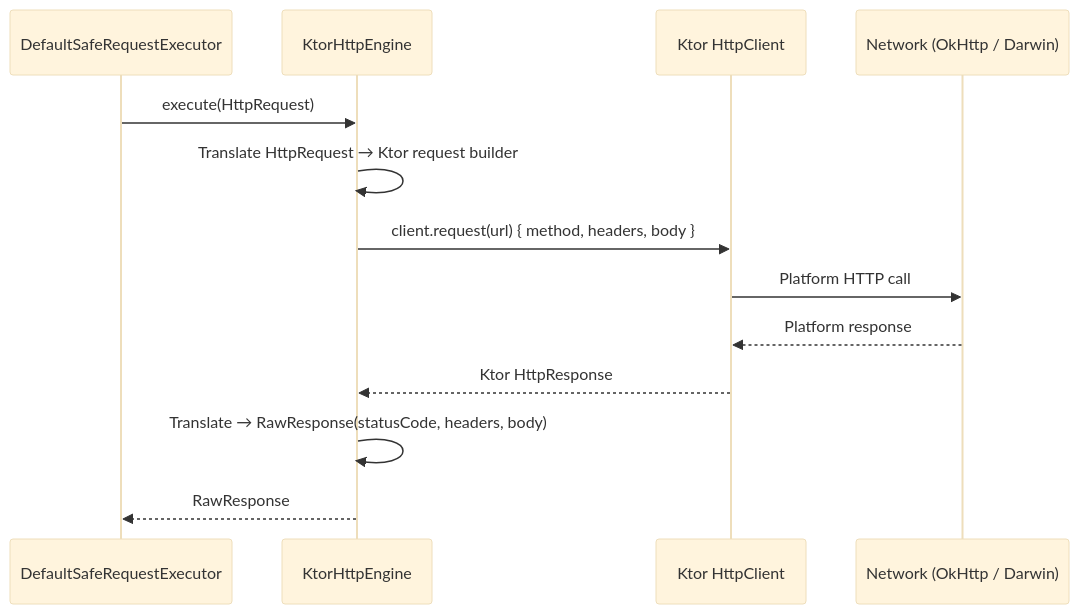
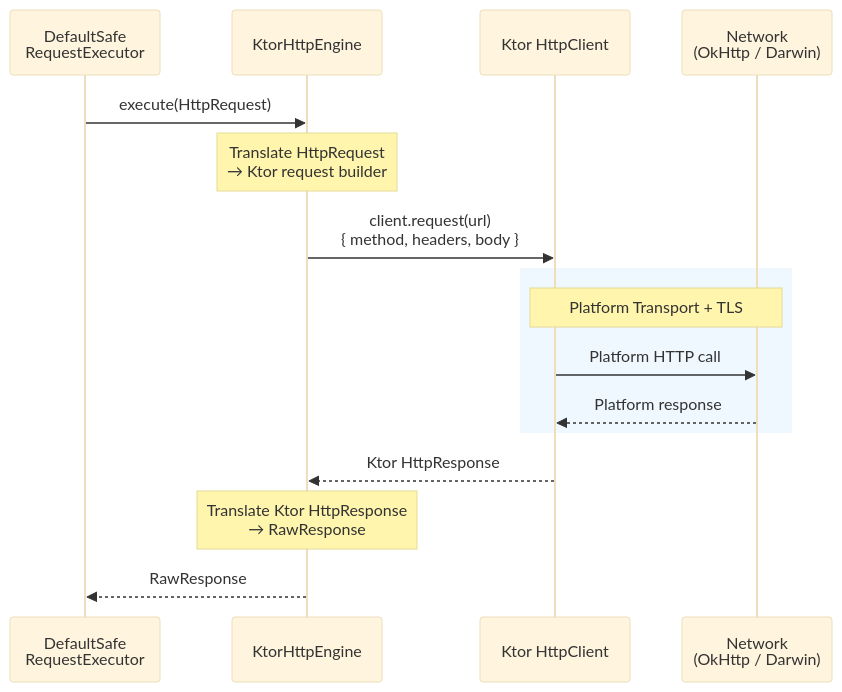
Before and after one commit to DanCrRdz93/core-data-platform: the first of 2 diagrams in network-ktor/README.md, drawn with Mermaid (base theme). The commit also changed other lines of this file and 8 other files, not shown here.

Commit message:
update diagrams

````diff
--- a/network-ktor/README.md
+++ b/network-ktor/README.md
@@ -92,16 +92,25 @@
 ```mermaid
 sequenceDiagram
-    participant E as DefaultSafeRequestExecutor
+    participant E as DefaultSafe<br/>RequestExecutor
     participant K as KtorHttpEngine
     participant C as Ktor HttpClient
-    participant N as Network (OkHttp / Darwin)
+    participant N as Network<br/>(OkHttp / Darwin)
 
     E->>K: execute(HttpRequest)
-    K->>K: Translate HttpRequest → Ktor request builder
-    K->>C: client.request(url) { method, headers, body }
-    C->>N: Platform HTTP call
-    N-->>C: Platform response
+
+    Note over K: Translate HttpRequest<br/>→ Ktor request builder
+
+    K->>C: client.request(url)<br/>{ method, headers, body }
+
+    rect rgb(240, 248, 255)
+        Note over C,N: Platform Transport + TLS
+        C->>N: Platform HTTP call
+        N-->>C: Platform response
+    end
+
     C-->>K: Ktor HttpResponse
-    K->>K: Translate → RawResponse(statusCode, headers, body)
+
+    Note over K: Translate Ktor HttpResponse<br/>→ RawResponse
+
     K-->>E: RawResponse
 ```
````
